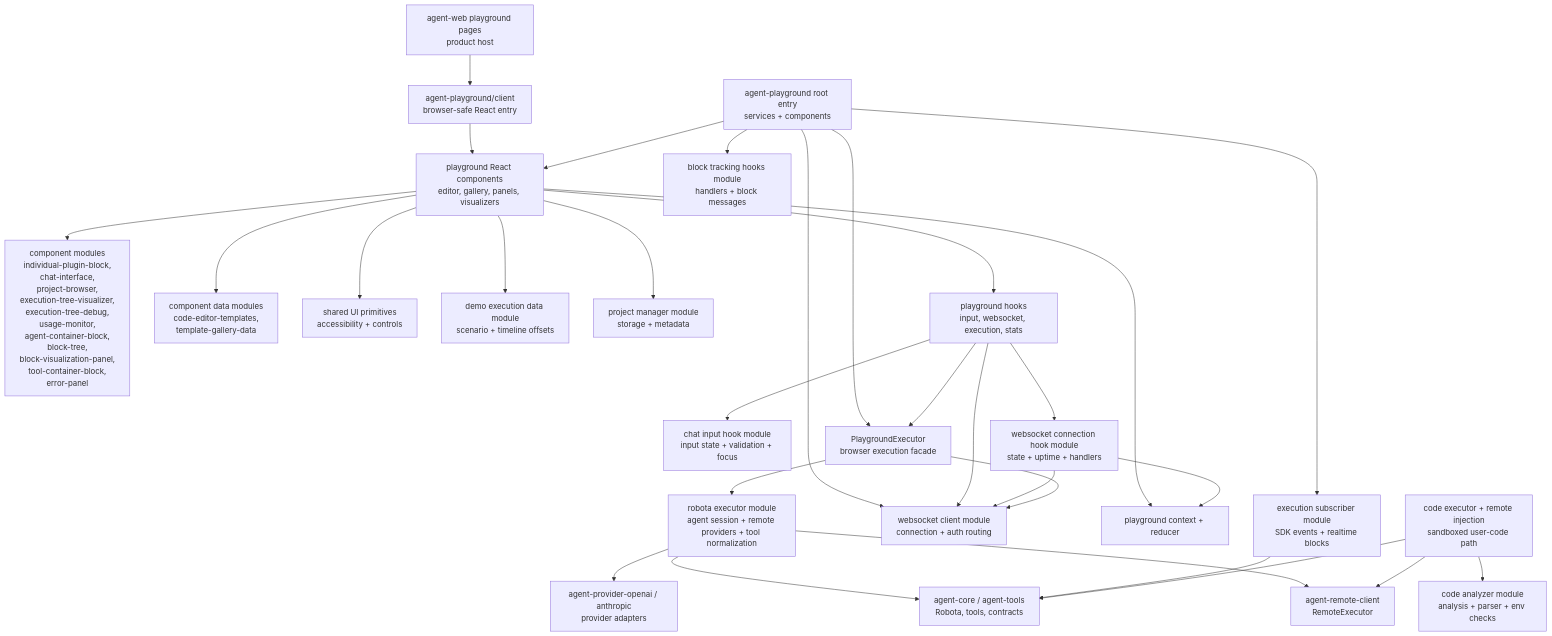
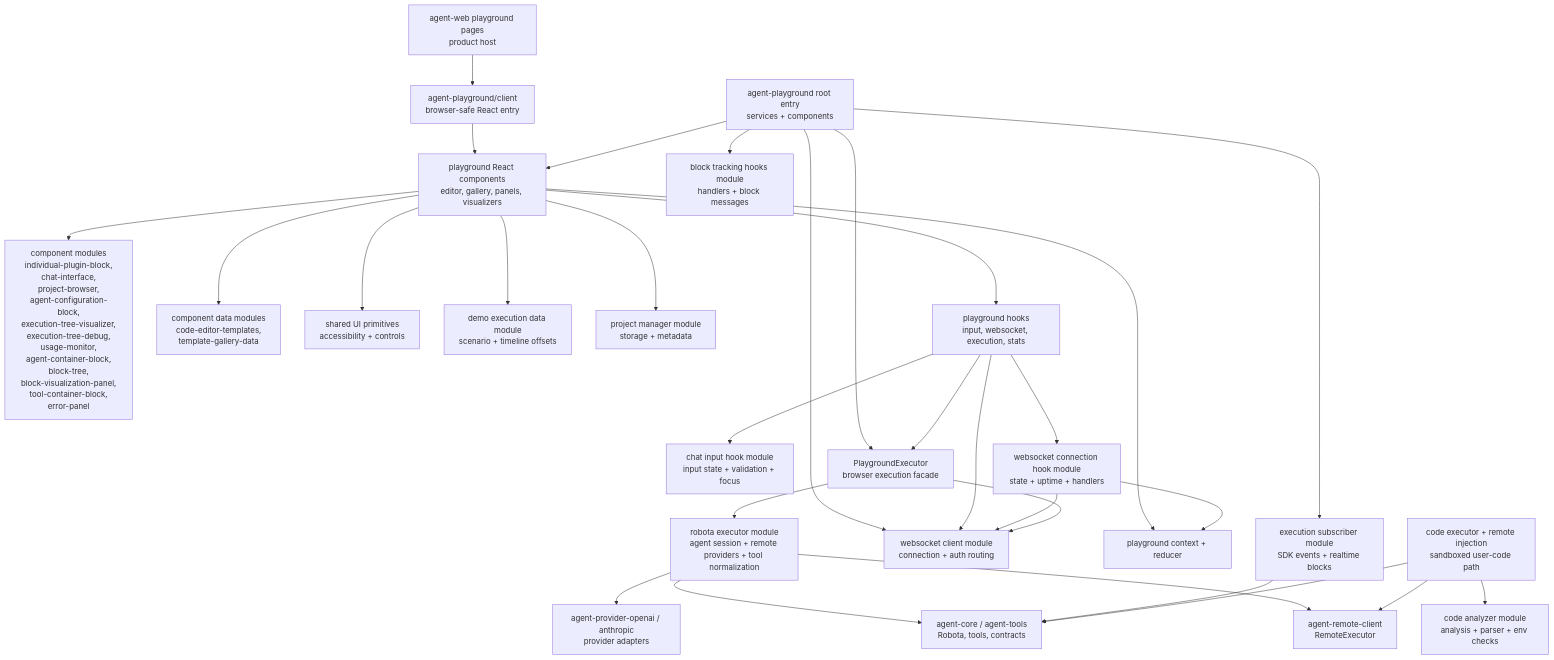
One commit to woojubb/robota changed the third of 6 diagrams in .agents/specs/ARCHITECTURE-MAP.md. Above: the diagram before and after it, drawn with Mermaid. The commit also changed other lines of this file and 21 other files, not shown here.

First line of the commit message:
refactor(playground): split agent configuration block (#274)

````diff
--- a/.agents/specs/ARCHITECTURE-MAP.md
+++ b/.agents/specs/ARCHITECTURE-MAP.md
@@ -122,56 +122,56 @@
 ```mermaid
 flowchart TD
   AgentWeb["agent-web playground pages\nproduct host"]
   ClientEntry["agent-playground/client\nbrowser-safe React entry"]
   RootEntry["agent-playground root entry\nservices + components"]
   Components["playground React components\neditor, gallery, panels, visualizers"]
-  ComponentModules["component modules\nindividual-plugin-block,\nchat-interface,\nproject-browser,\nexecution-tree-visualizer,\nexecution-tree-debug,\nusage-monitor,\nagent-container-block,\nblock-tree,\nblock-visualization-panel,\ntool-container-block,\nerror-panel"]
+  ComponentModules["component modules\nindividual-plugin-block,\nchat-interface,\nproject-browser,\nagent-configuration-block,\nexecution-tree-visualizer,\nexecution-tree-debug,\nusage-monitor,\nagent-container-block,\nblock-tree,\nblock-visualization-panel,\ntool-container-block,\nerror-panel"]
   ComponentData["component data modules\ncode-editor-templates,\ntemplate-gallery-data"]
   UiPrimitives["shared UI primitives\naccessibility + controls"]
   DemoData["demo execution data module\nscenario + timeline offsets"]
   ProjectManager["project manager module\nstorage + metadata"]
   BlockHooks["block tracking hooks module\nhandlers + block messages"]
   ExecutionSubscriber["execution subscriber module\nSDK events + realtime blocks"]
   WebSocketClient["websocket client module\nconnection + auth routing"]
   ChatInputHook["chat input hook module\ninput state + validation + focus"]
   WebSocketHook["websocket connection hook module\nstate + uptime + handlers"]
   Hooks["playground hooks\ninput, websocket, execution, stats"]
   Context["playground context + reducer"]
   Executor["PlaygroundExecutor\nbrowser execution facade"]
   ExecutorModule["robota executor module\nagent session + remote providers + tool normalization"]
   RemoteInjection["code executor + remote injection\nsandboxed user-code path"]
   CodeAnalyzer["code analyzer module\nanalysis + parser + env checks"]
   RemoteClient["agent-remote-client\nRemoteExecutor"]
   Core["agent-core / agent-tools\nRobota, tools, contracts"]
   Providers["agent-provider-openai / anthropic\nprovider adapters"]
 
   AgentWeb --> ClientEntry
   ClientEntry --> Components
   RootEntry --> Components
   RootEntry --> Executor
   RootEntry --> BlockHooks
   RootEntry --> ExecutionSubscriber
   RootEntry --> WebSocketClient
   Components --> ComponentModules
   Components --> ComponentData
   Components --> UiPrimitives
   Components --> DemoData
   Components --> ProjectManager
   Components --> Hooks
   Components --> Context
   Hooks --> ChatInputHook
   Hooks --> WebSocketHook
   Hooks --> Executor
   Hooks --> WebSocketClient
   WebSocketHook --> Context
   WebSocketHook --> WebSocketClient
   RemoteInjection --> CodeAnalyzer
   Executor --> WebSocketClient
   Executor --> ExecutorModule
   ExecutorModule --> RemoteClient
   ExecutorModule --> Core
   ExecutorModule --> Providers
   ExecutionSubscriber --> Core
   RemoteInjection --> RemoteClient
   RemoteInjection --> Core
 ```
````
